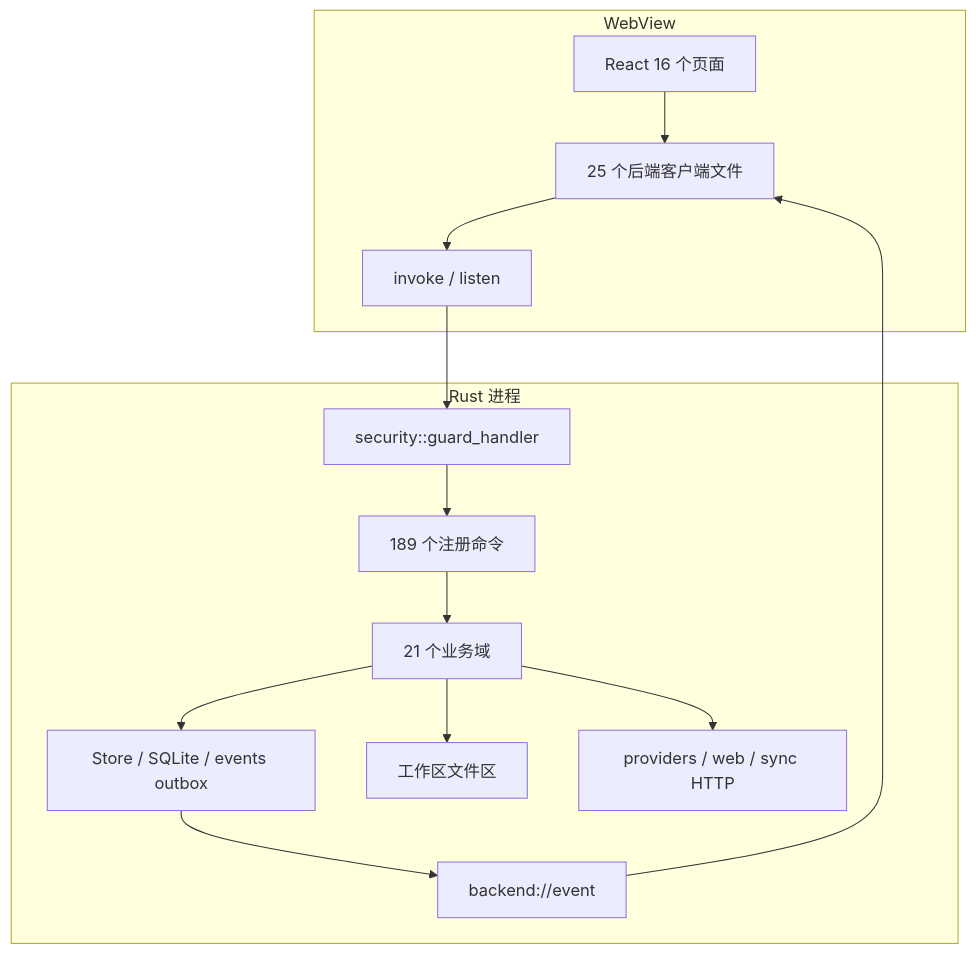
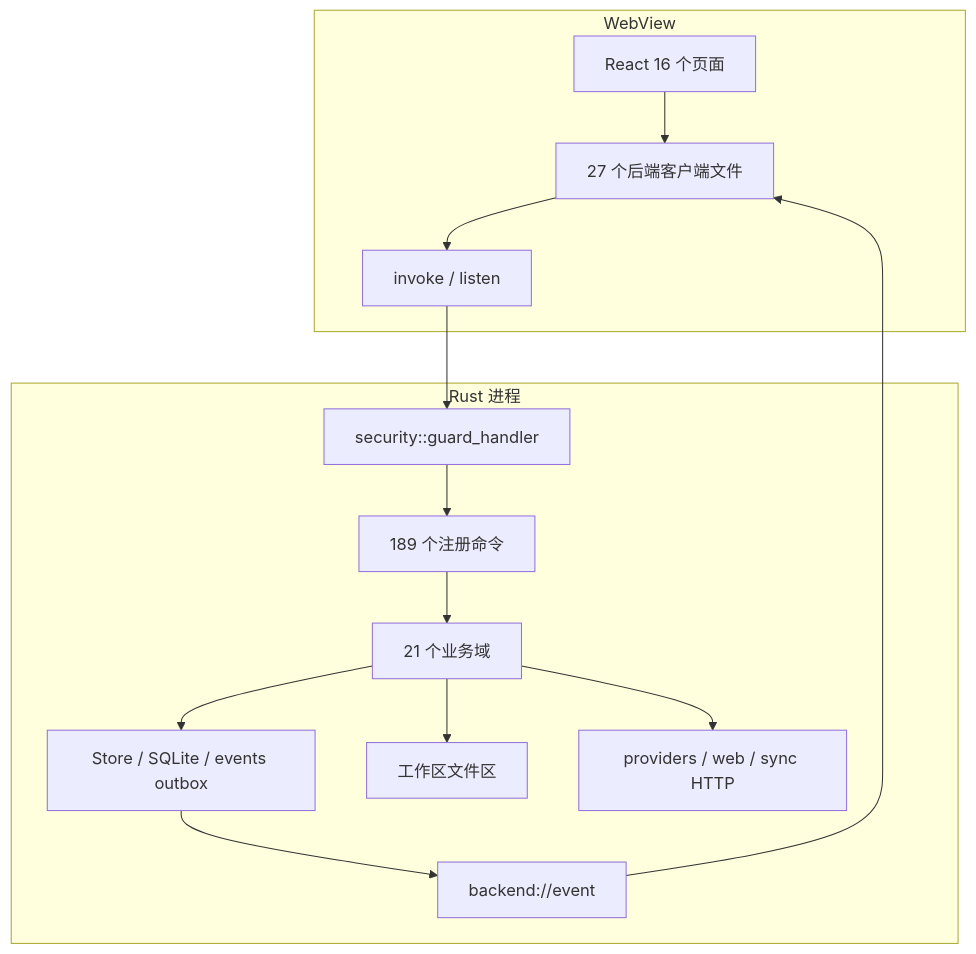
Before and after one commit to hershate/Deep-tutor: the first of 5 diagrams in docs/architecture/01-architecture.md, drawn with Mermaid. The commit also changed 19 other files, not shown here.

````diff
--- a/docs/architecture/01-architecture.md
+++ b/docs/architecture/01-architecture.md
@@ -9,17 +9,17 @@
 ```mermaid
 graph TD
     subgraph WebView
-        P[React 16 个页面] --> CL[25 个后端客户端文件]
+        P[React 16 个页面] --> CL[27 个后端客户端文件]
         CL --> IP[invoke / listen]
     end
     subgraph Rust 进程
         IP --> GH[security::guard_handler]
         GH --> CMD[189 个注册命令]
         CMD --> DOM[21 个业务域]
         DOM --> ST[Store / SQLite / events outbox]
         DOM --> FS[工作区文件区]
         DOM --> NET[providers / web / sync HTTP]
         ST --> EMIT[backend://event]
     end
     EMIT --> CL
 ```
````
